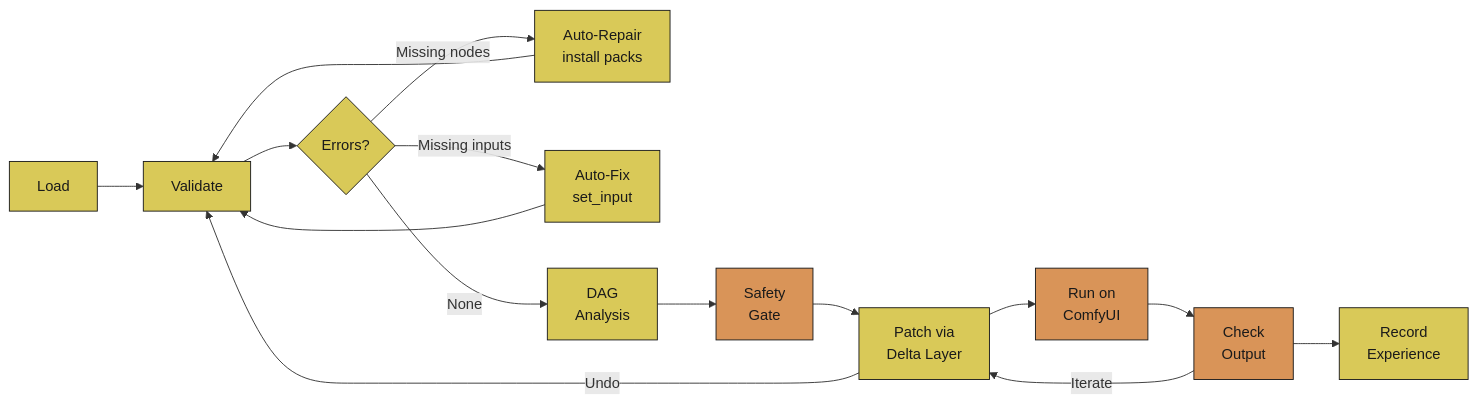
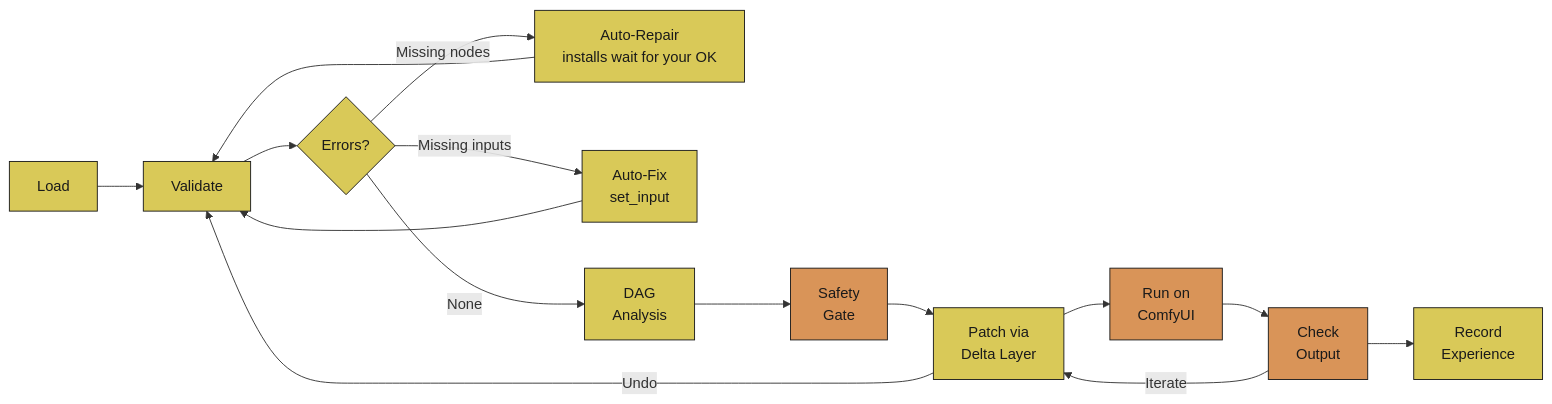
One commit to JosephOIbrahim/Comfy-Cozy changed diagram 32 of 33 in README.md. Above: the diagram before and after it, drawn with Mermaid. The commit also changed other lines of this file, not shown here.

````diff
--- a/README.md
+++ b/README.md
@@ -1227,23 +1271,23 @@
 ```mermaid
 flowchart LR
     Load[Load] --> Validate[Validate]
     Validate --> Errors{"Errors?"}
-    Errors -->|"Missing nodes"| Repair[Auto-Repair<br/>install packs]
+    Errors -->|"Missing nodes"| Repair["Auto-Repair<br/>installs wait for your OK"]
     Errors -->|"Missing inputs"| Fix[Auto-Fix<br/>set_input]
     Errors -->|None| Analyze[DAG<br/>Analysis]
     Repair --> Validate
     Fix --> Validate
     Analyze --> Gate[Safety<br/>Gate]
     Gate --> Patch[Patch via<br/>Delta Layer]
     Patch --> Run[Run on<br/>ComfyUI]
     Run --> Check[Check<br/>Output]
     Check --> Learn[Record<br/>Experience]
 
     Patch -->|Undo| Validate
     Check -->|Iterate| Patch
 
     classDef orange fill:#d99458,color:#1a1a1a,stroke:#1a1a1a
     classDef yellow fill:#d9c958,color:#1a1a1a,stroke:#1a1a1a
     class Gate,Run,Check orange
     class Load,Repair,Fix,Analyze,Learn,Validate,Errors,Patch yellow
 ```
````
